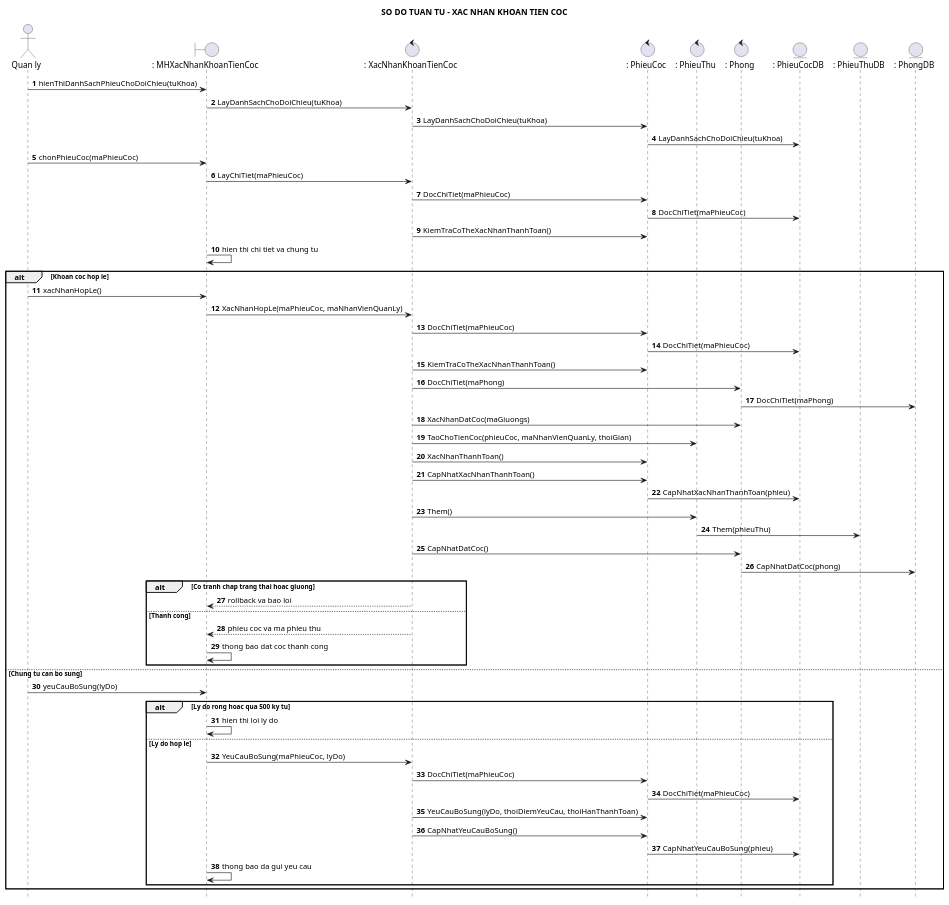
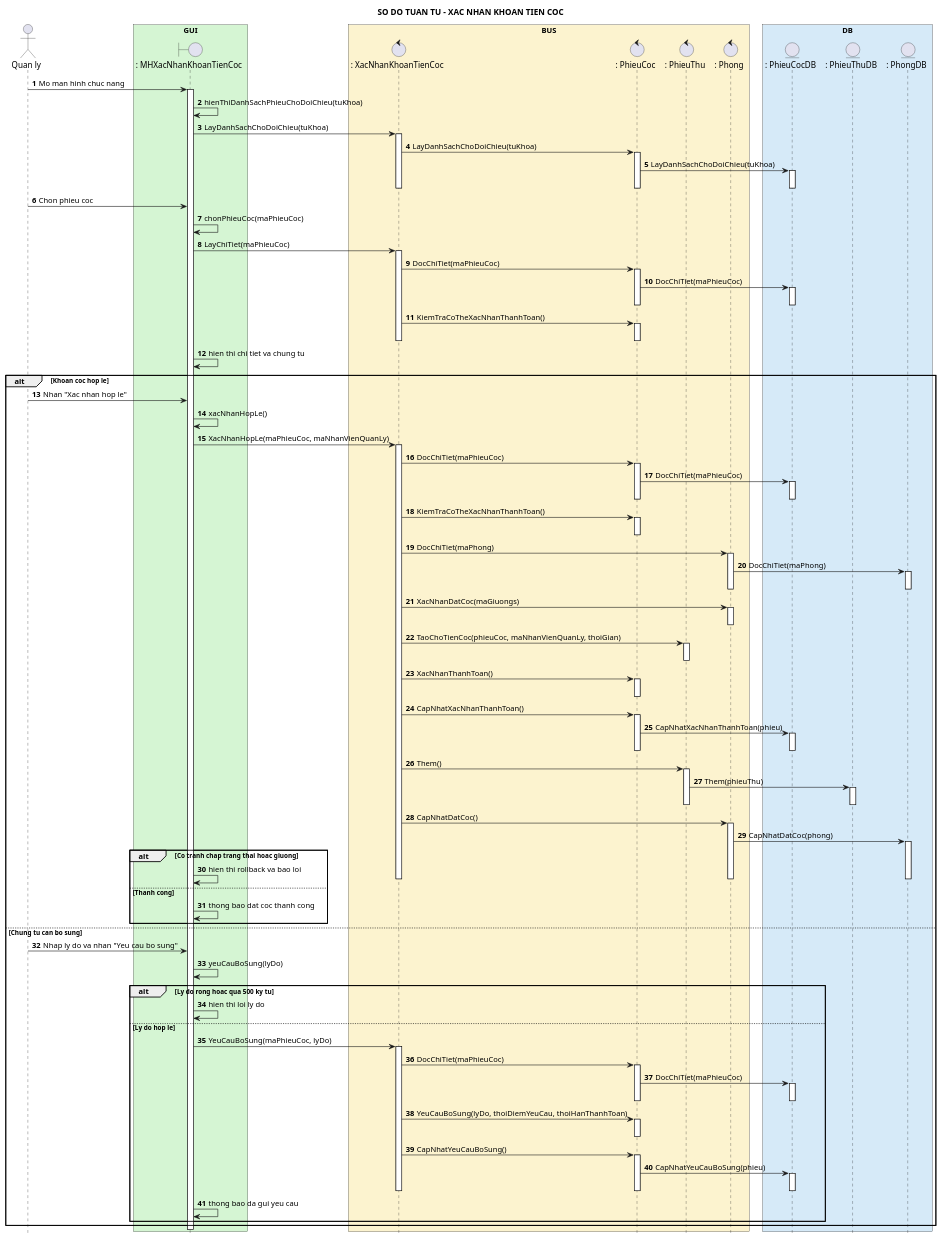
One commit to Ming1309/HomeStay-Dorm changed the diagram in docs/uml/xac-nhan-khoan-tien-coc-sequence.puml. Above: the diagram before and after it, drawn with PlantUML. The commit also changed 34 other files, not shown here.

Commit message:
docs(uml): group lifelines in sequence diagrams into box layers and update layout

```diff
--- a/docs/uml/xac-nhan-khoan-tien-coc-sequence.puml
+++ b/docs/uml/xac-nhan-khoan-tien-coc-sequence.puml
@@ -1,68 +1,138 @@
 @startuml
 title SO DO TUAN TU - XAC NHAN KHOAN TIEN COC
 
 hide footbox
 autonumber 1 1
 skinparam shadowing false
 
 actor "Quan ly" as QL
+
+box "GUI" #D5F5D3
 boundary ": MHXacNhanKhoanTienCoc" as MH
+end box
+
+box "BUS" #FCF3CF
 control ": XacNhanKhoanTienCoc" as XN
 control ": PhieuCoc" as PC
 control ": PhieuThu" as PT
 control ": Phong" as P
+end box
+
+box "DB" #D6EAF8
 entity ": PhieuCocDB" as PCDB
 entity ": PhieuThuDB" as PTDB
 entity ": PhongDB" as PDB
+end box
 
-QL -> MH : hienThiDanhSachPhieuChoDoiChieu(tuKhoa)
+QL -> MH : Mo man hinh chuc nang
+activate MH
+MH -> MH : hienThiDanhSachPhieuChoDoiChieu(tuKhoa)
 MH -> XN : LayDanhSachChoDoiChieu(tuKhoa)
+activate XN
 XN -> PC : LayDanhSachChoDoiChieu(tuKhoa)
+activate PC
 PC -> PCDB : LayDanhSachChoDoiChieu(tuKhoa)
+activate PCDB
 
-QL -> MH : chonPhieuCoc(maPhieuCoc)
+deactivate PCDB
+deactivate PC
+deactivate XN
+QL -> MH : Chon phieu coc
+MH -> MH : chonPhieuCoc(maPhieuCoc)
 MH -> XN : LayChiTiet(maPhieuCoc)
+activate XN
 XN -> PC : DocChiTiet(maPhieuCoc)
+activate PC
 PC -> PCDB : DocChiTiet(maPhieuCoc)
+activate PCDB
+deactivate PCDB
+deactivate PC
 XN -> PC : KiemTraCoTheXacNhanThanhToan()
+activate PC
+deactivate PC
+deactivate XN
 MH -> MH : hien thi chi tiet va chung tu
 
 alt Khoan coc hop le
-  QL -> MH : xacNhanHopLe()
+  QL -> MH : Nhan "Xac nhan hop le"
+  MH -> MH : xacNhanHopLe()
   MH -> XN : XacNhanHopLe(maPhieuCoc, maNhanVienQuanLy)
+  activate XN
   XN -> PC : DocChiTiet(maPhieuCoc)
+  activate PC
   PC -> PCDB : DocChiTiet(maPhieuCoc)
+  activate PCDB
+deactivate PCDB
+deactivate PC
   XN -> PC : KiemTraCoTheXacNhanThanhToan()
+  activate PC
+deactivate PC
   XN -> P : DocChiTiet(maPhong)
+  activate P
   P -> PDB : DocChiTiet(maPhong)
+  activate PDB
+deactivate PDB
+deactivate P
   XN -> P : XacNhanDatCoc(maGiuongs)
+  activate P
+deactivate P
   XN -> PT : TaoChoTienCoc(phieuCoc, maNhanVienQuanLy, thoiGian)
+  activate PT
+deactivate PT
   XN -> PC : XacNhanThanhToan()
+  activate PC
+deactivate PC
   XN -> PC : CapNhatXacNhanThanhToan()
+  activate PC
   PC -> PCDB : CapNhatXacNhanThanhToan(phieu)
+  activate PCDB
+deactivate PCDB
+deactivate PC
   XN -> PT : Them()
+  activate PT
   PT -> PTDB : Them(phieuThu)
+  activate PTDB
+deactivate PTDB
+deactivate PT
   XN -> P : CapNhatDatCoc()
+  activate P
   P -> PDB : CapNhatDatCoc(phong)
+  activate PDB
   alt Co tranh chap trang thai hoac giuong
-    XN --> MH : rollback va bao loi
+    MH -> MH : hien thi rollback va bao loi
   else Thanh cong
-    XN --> MH : phieu coc va ma phieu thu
+deactivate PDB
+deactivate P
+deactivate XN
     MH -> MH : thong bao dat coc thanh cong
   end
 else Chung tu can bo sung
-  QL -> MH : yeuCauBoSung(lyDo)
+  QL -> MH : Nhap ly do va nhan "Yeu cau bo sung"
+  MH -> MH : yeuCauBoSung(lyDo)
   alt Ly do rong hoac qua 500 ky tu
     MH -> MH : hien thi loi ly do
   else Ly do hop le
     MH -> XN : YeuCauBoSung(maPhieuCoc, lyDo)
+    activate XN
     XN -> PC : DocChiTiet(maPhieuCoc)
+    activate PC
     PC -> PCDB : DocChiTiet(maPhieuCoc)
+    activate PCDB
+deactivate PCDB
+deactivate PC
     XN -> PC : YeuCauBoSung(lyDo, thoiDiemYeuCau, thoiHanThanhToan)
+    activate PC
+deactivate PC
     XN -> PC : CapNhatYeuCauBoSung()
+    activate PC
     PC -> PCDB : CapNhatYeuCauBoSung(phieu)
+    activate PCDB
+deactivate PCDB
+deactivate PC
+deactivate XN
     MH -> MH : thong bao da gui yeu cau
   end
 end
 
+deactivate MH
 @enduml
```
